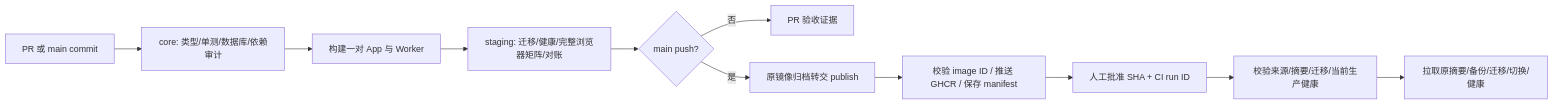
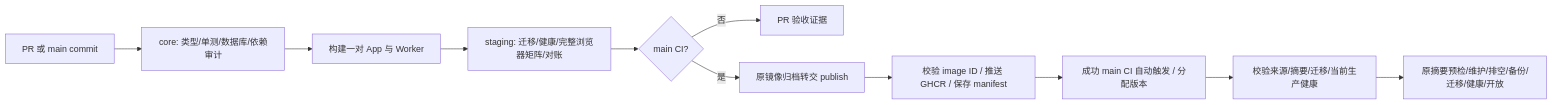
One commit to Jin070810/miaomiaojianjituan changed the diagram in docs/RELEASE-PIPELINE.md. Above: the diagram before and after it, drawn with Mermaid. The commit also changed other lines of this file and 60 other files, not shown here.

````diff
--- a/docs/RELEASE-PIPELINE.md
+++ b/docs/RELEASE-PIPELINE.md
@@ -7,13 +7,13 @@
 ```mermaid
 flowchart LR
   A[PR 或 main commit] --> B[core: 类型/单测/数据库/依赖审计]
   B --> C[构建一对 App 与 Worker]
   C --> D[staging: 迁移/健康/完整浏览器矩阵/对账]
-  D --> E{main push?}
+  D --> E{main CI?}
   E -->|否| F[PR 验收证据]
   E -->|是| G[原镜像归档转交 publish]
   G --> H[校验 image ID / 推送 GHCR / 保存 manifest]
-  H --> I[人工批准 SHA + CI run ID]
+  H --> I[成功 main CI 自动触发 / 分配版本]
   I --> J[校验来源/摘要/迁移/当前生产健康]
-  J --> K[拉取原摘要/备份/迁移/切换/健康]
+  J --> K[原摘要预检/维护/排空/备份/迁移/健康/开放]
 ```
````
